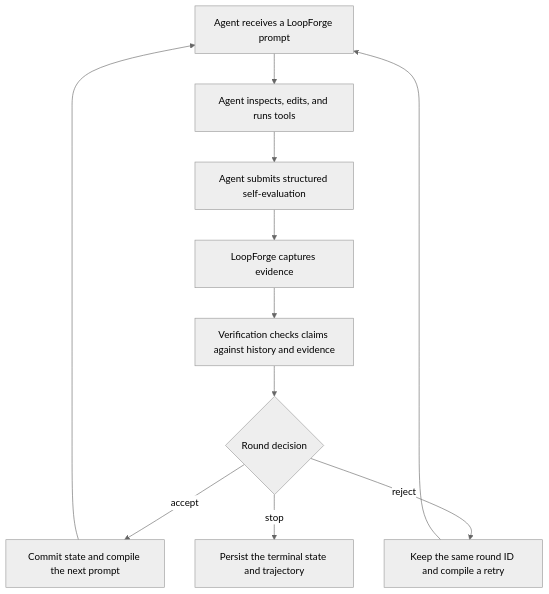
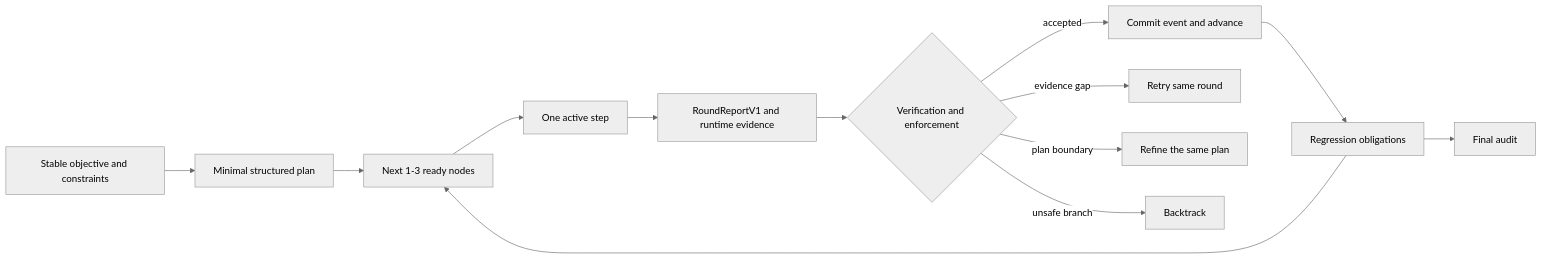
Before and after one commit to kyrielrving11/LoopForge: the diagram in README.md, drawn with Mermaid (neutral theme). The commit also changed other lines of this file and 223 other files, not shown here.

Commit message:
feat: converge LoopForge 3.0 governance runtime

````diff
--- a/README.md
+++ b/README.md
@@ -43,13 +44,15 @@
 ```mermaid
-flowchart TD
-    A["Agent receives a LoopForge prompt"] --> B["Agent inspects, edits, and runs tools"]
-    B --> C["Agent submits structured self-evaluation"]
-    C --> D["LoopForge captures evidence"]
-    D --> E["Verification checks claims against history and evidence"]
-    E --> F{"Round decision"}
-    F -->|accept| G["Commit state and compile the next prompt"]
-    F -->|reject| H["Keep the same round ID and compile a retry"]
-    F -->|stop| I["Persist the terminal state and trajectory"]
-    G --> A
-    H --> A
+flowchart LR
+    A["Stable objective and constraints"] --> B["Minimal structured plan"]
+    B --> C["Next 1-3 ready nodes"]
+    C --> D["One active step"]
+    D --> E["RoundReportV1 and runtime evidence"]
+    E --> F{"Verification and enforcement"}
+    F -->|accepted| G["Commit event and advance"]
+    F -->|evidence gap| H["Retry same round"]
+    F -->|plan boundary| I["Refine the same plan"]
+    F -->|unsafe branch| J["Backtrack"]
+    G --> K["Regression obligations"]
+    K --> C
+    K --> L["Final audit"]
 ```
````
